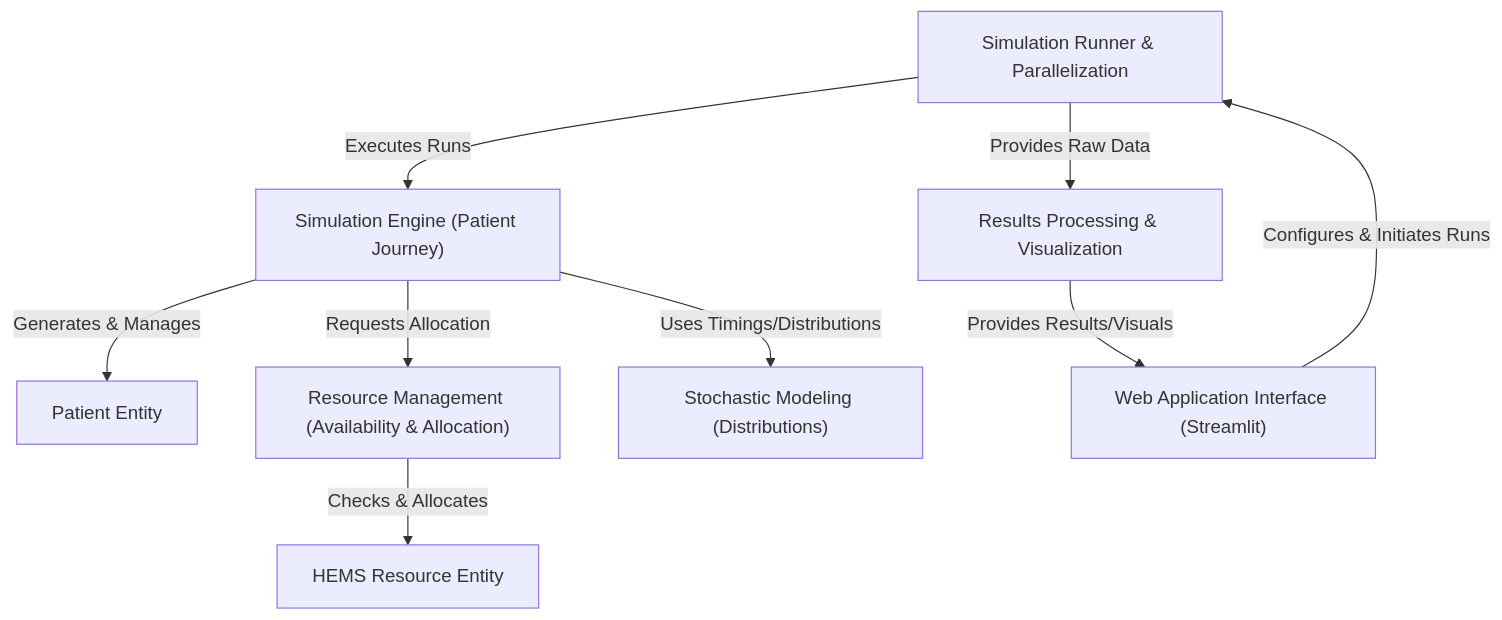
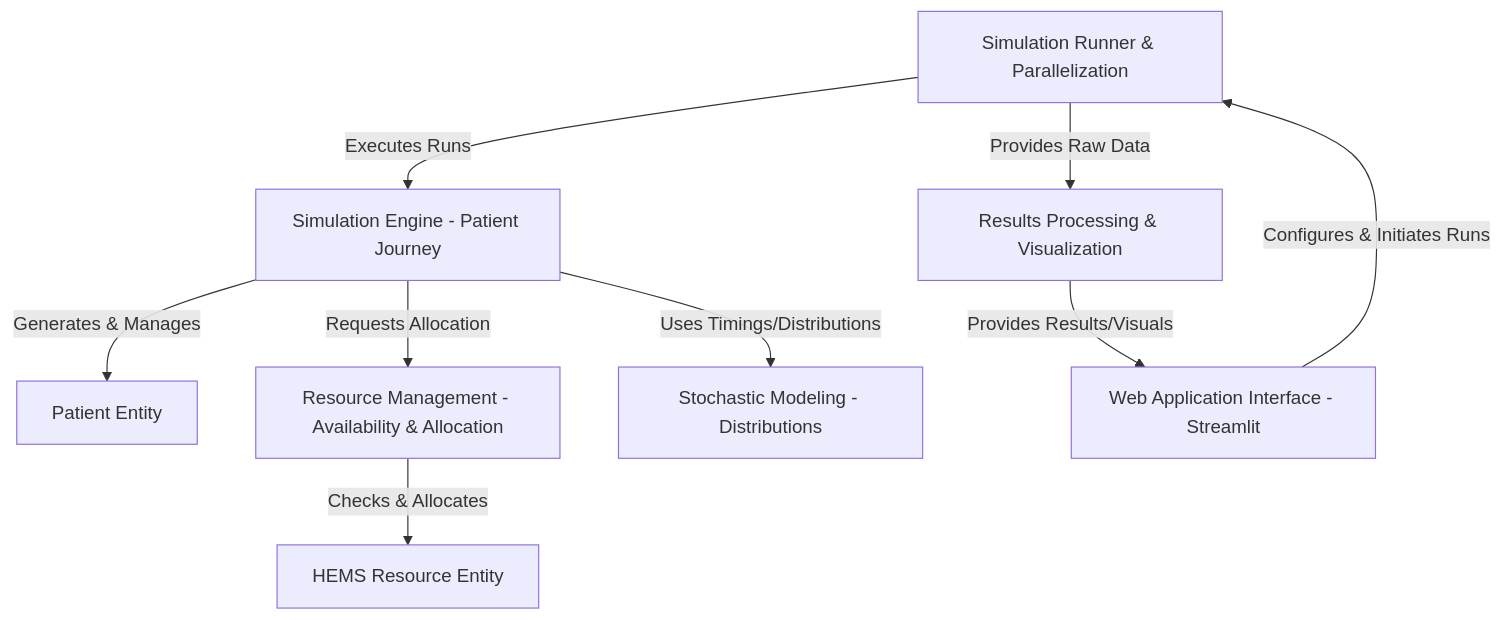
One commit to Bergam0t/DAA_DES_repo_docs_TEST changed the diagram in index.qmd. Above: the diagram before and after it, drawn with Mermaid. The commit also changed 18 other files, not shown here.

````diff
--- a/index.qmd
+++ b/index.qmd
@@ -10,27 +10,19 @@
 ```{mermaid}
 flowchart TD
-    A0["Simulation Engine (Patient Journey)
-"]
-    A1["Patient Entity
-"]
-    A2["HEMS Resource Entity
-"]
-    A3["Resource Management (Availability & Allocation)
-"]
-    A4["Simulation Runner & Parallelization
-"]
-    A5["Stochastic Modeling (Distributions)
-"]
-    A6["Web Application Interface (Streamlit)
-"]
-    A7["Results Processing & Visualization
-"]
+    A0["Simulation Engine - Patient Journey"]
+    A1["Patient Entity"]
+    A2["HEMS Resource Entity"]
+    A3["Resource Management - Availability & Allocation"]
+    A4["Simulation Runner & Parallelization"]
+    A5["Stochastic Modeling - Distributions"]
+    A6["Web Application Interface - Streamlit"]
+    A7["Results Processing & Visualization"]
     A0 -- "Generates & Manages" --> A1
     A0 -- "Requests Allocation" --> A3
     A0 -- "Uses Timings/Distributions" --> A5
     A3 -- "Checks & Allocates" --> A2
     A4 -- "Executes Runs" --> A0
     A4 -- "Provides Raw Data" --> A7
     A6 -- "Configures & Initiates Runs" --> A4
     A7 -- "Provides Results/Visuals" --> A6
 ```
````
